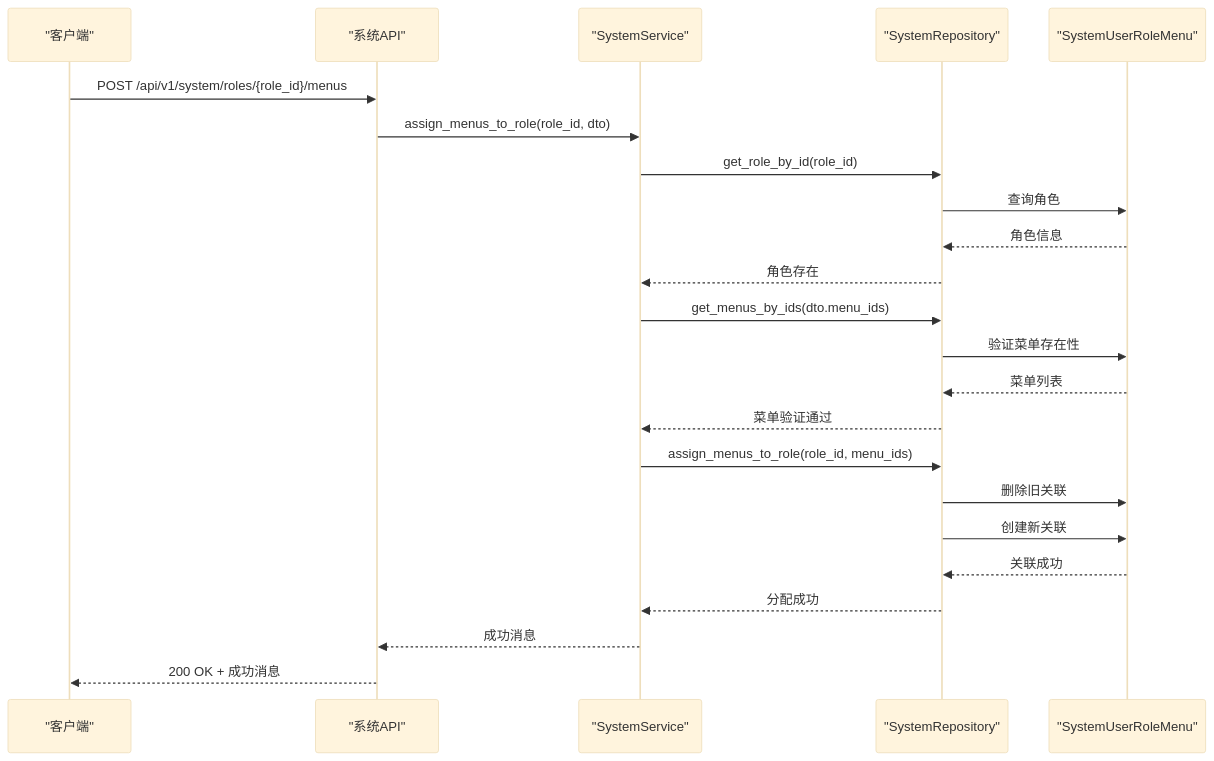
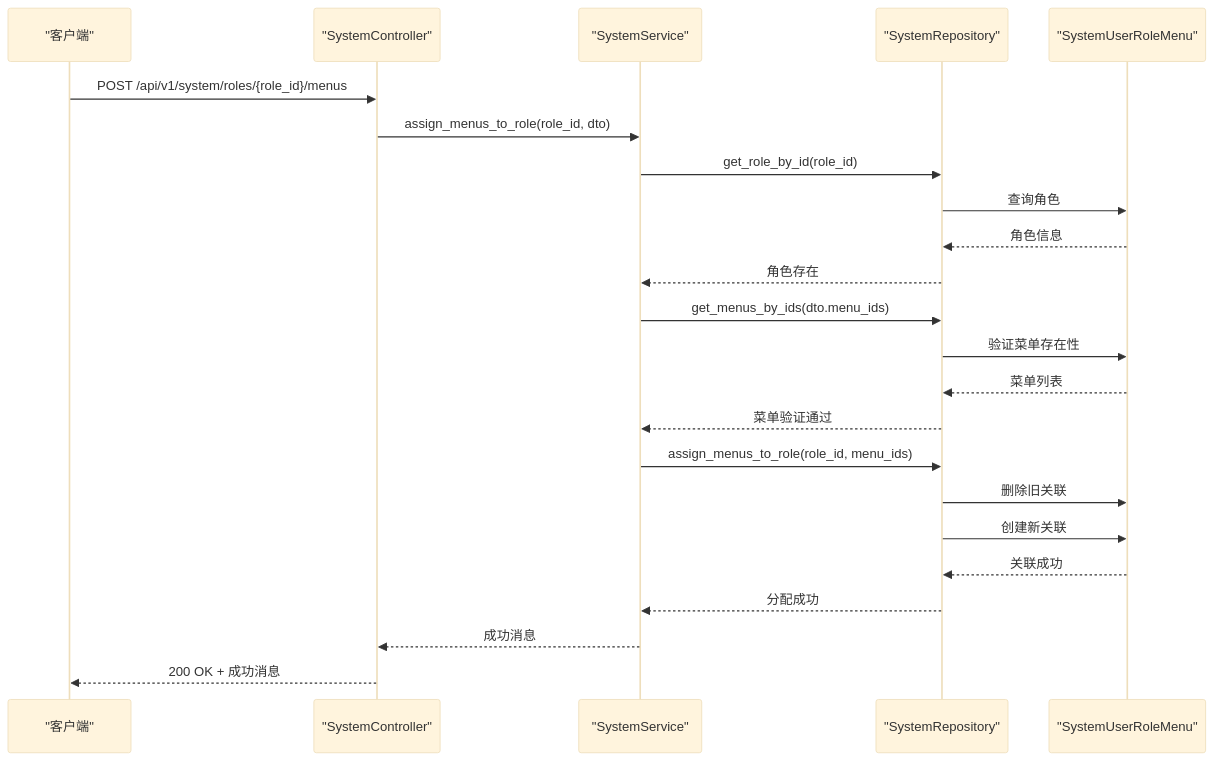
Before and after one commit to taoweidong/Hello-Django-Ninja-Api: the eighth of 14 diagrams in .qoder/repowiki/zh/content/API 接口文档/系统管理接口.md, drawn with Mermaid (base theme). The commit also changed other lines of this file and 7 other files, not shown here.

````diff
--- a/.qoder/repowiki/zh/content/API 接口文档/系统管理接口.md
+++ b/.qoder/repowiki/zh/content/API 接口文档/系统管理接口.md
@@ -482,25 +560,25 @@
 ```mermaid
 sequenceDiagram
 participant Client as "客户端"
-participant API as "系统API"
+participant Controller as "SystemController"
 participant Service as "SystemService"
 participant Repo as "SystemRepository"
 participant UserRoleMenu as "SystemUserRoleMenu"
-Client->>API : POST /api/v1/system/roles/{role_id}/menus
-API->>Service : assign_menus_to_role(role_id, dto)
+Client->>Controller : POST /api/v1/system/roles/{role_id}/menus
+Controller->>Service : assign_menus_to_role(role_id, dto)
 Service->>Repo : get_role_by_id(role_id)
 Repo->>UserRoleMenu : 查询角色
 UserRoleMenu-->>Repo : 角色信息
 Repo-->>Service : 角色存在
 Service->>Repo : get_menus_by_ids(dto.menu_ids)
 Repo->>UserRoleMenu : 验证菜单存在性
 UserRoleMenu-->>Repo : 菜单列表
 Repo-->>Service : 菜单验证通过
 Service->>Repo : assign_menus_to_role(role_id, menu_ids)
 Repo->>UserRoleMenu : 删除旧关联
 Repo->>UserRoleMenu : 创建新关联
 UserRoleMenu-->>Repo : 关联成功
 Repo-->>Service : 分配成功
-Service-->>API : 成功消息
-API-->>Client : 200 OK + 成功消息
+Service-->>Controller : 成功消息
+Controller-->>Client : 200 OK + 成功消息
 ```
````
